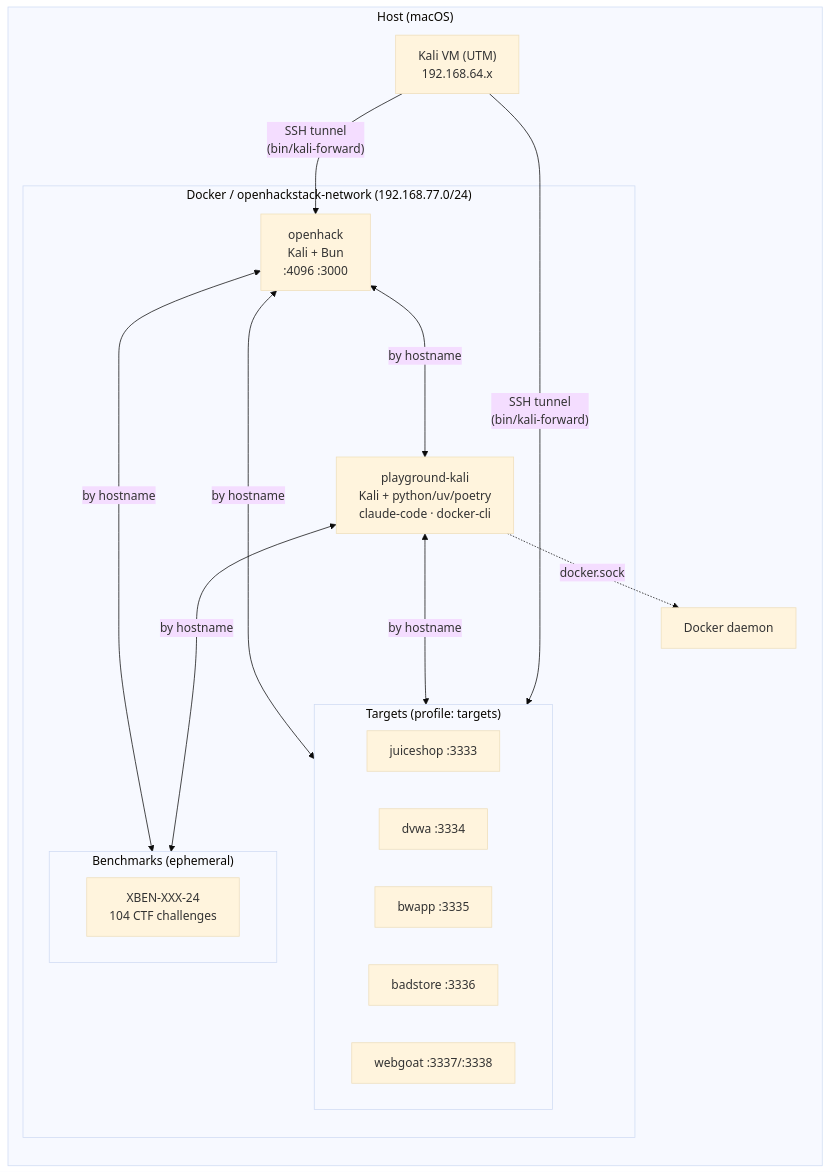
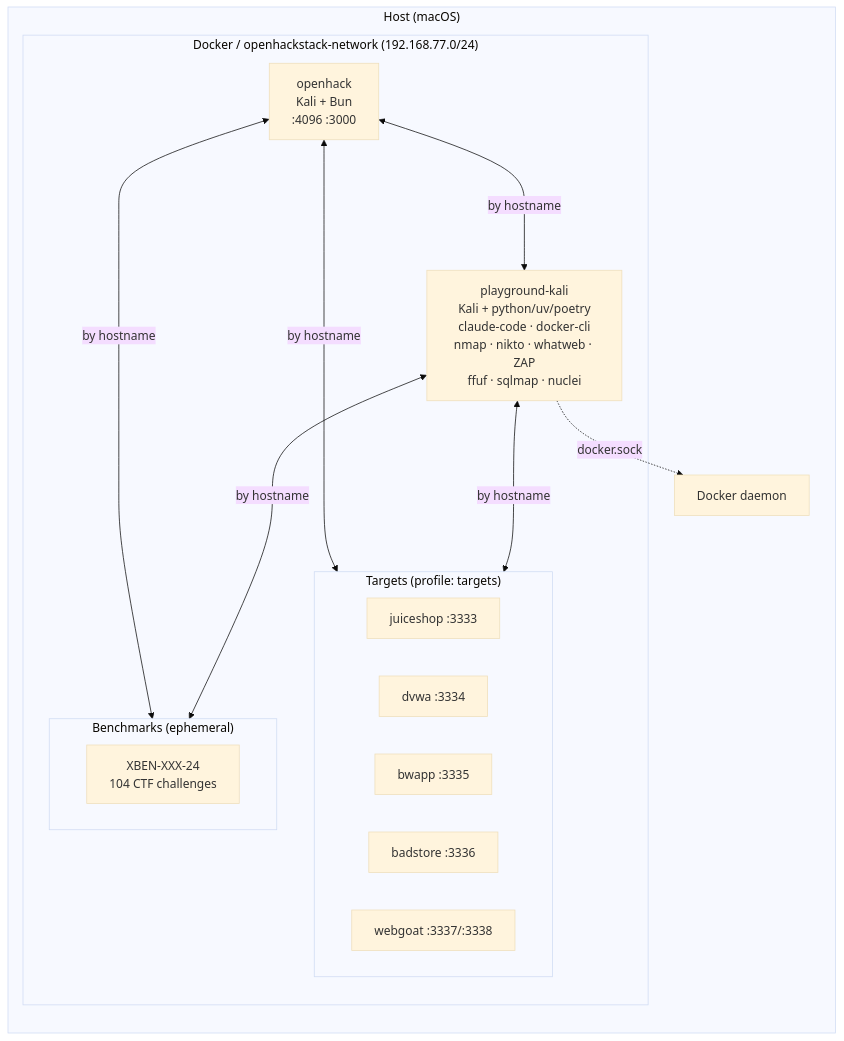
The diagram in docker/README.md (mkdirtim/FERR), drawn with Mermaid (base theme) before and after one commit. The commit also changed other lines of this file and 4 other files, not shown here.

First line of the commit message:
playground: Docker-internal scanning with kali-scan

````diff
--- a/docker/README.md
+++ b/docker/README.md
@@ -7,30 +7,27 @@
 ```mermaid
 graph LR
     subgraph host["Host (macOS)"]
         subgraph docker["Docker / openhackstack-network (192.168.77.0/24)"]
             openhack["openhack<br/>Kali + Bun<br/>:4096 :3000"]
-            playground["playground-kali<br/>Kali + python/uv/poetry<br/>claude-code · docker-cli"]
+            playground["playground-kali<br/>Kali + python/uv/poetry<br/>claude-code · docker-cli<br/>nmap · nikto · whatweb · ZAP<br/>ffuf · sqlmap · nuclei"]
             subgraph targets["Targets (profile: targets)"]
                 juiceshop["juiceshop :3333"]
                 dvwa["dvwa :3334"]
                 bwapp["bwapp :3335"]
                 badstore["badstore :3336"]
                 webgoat["webgoat :3337/:3338"]
             end
             subgraph benchmarks["Benchmarks (ephemeral)"]
                 xbow["XBEN-XXX-24<br/>104 CTF challenges"]
             end
         end
         dockerd["Docker daemon"]
-        vm["Kali VM (UTM)<br/>192.168.64.x"]
     end
 
     openhack <--->|"by hostname"| targets
     openhack <--->|"by hostname"| benchmarks
     playground <--->|"by hostname"| targets
     playground <--->|"by hostname"| benchmarks
     openhack <--->|"by hostname"| playground
     playground -.->|"docker.sock"| dockerd
-    vm -->|"SSH tunnel<br/>(bin/kali-forward)"| openhack
-    vm -->|"SSH tunnel<br/>(bin/kali-forward)"| targets
 ```
````
